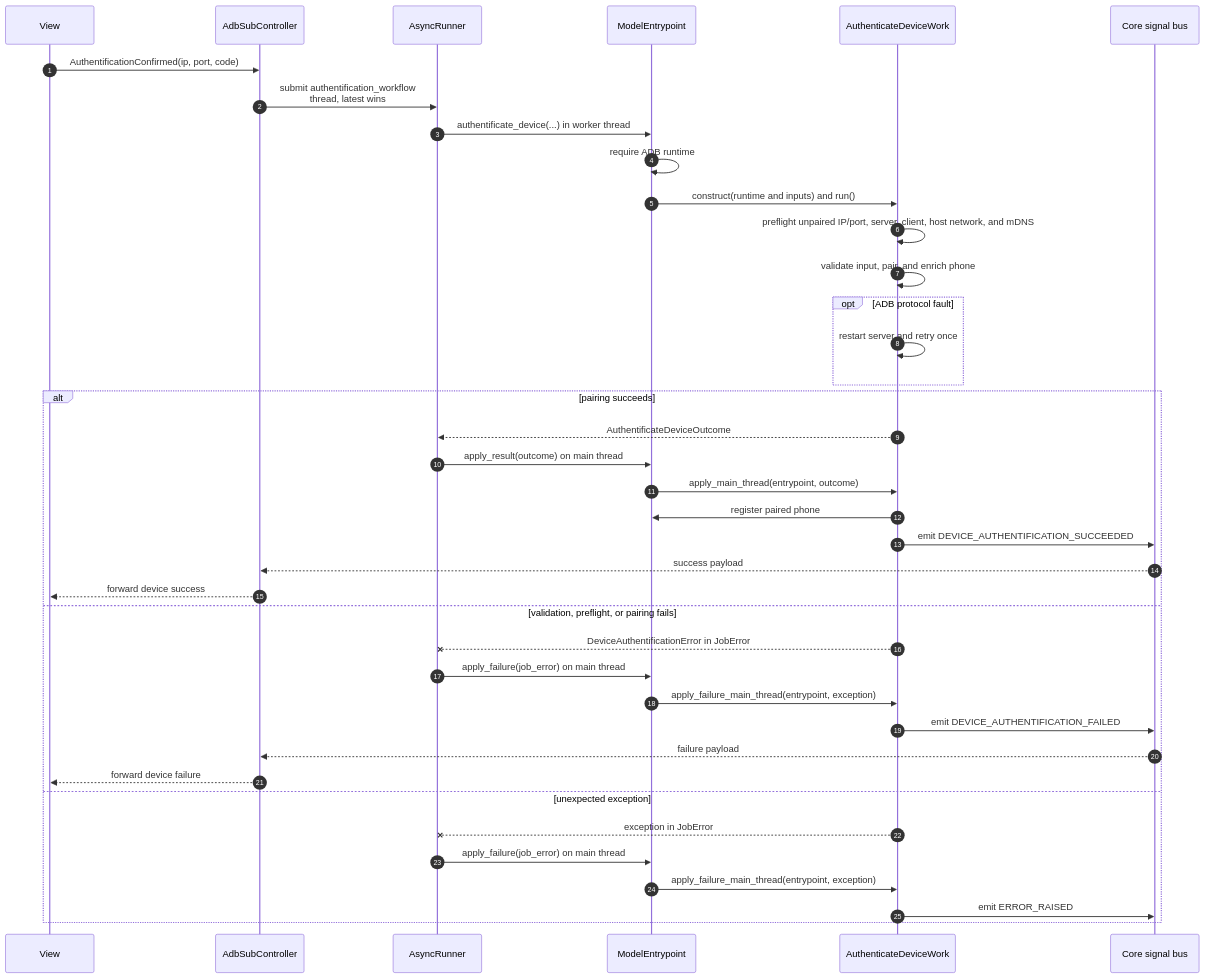
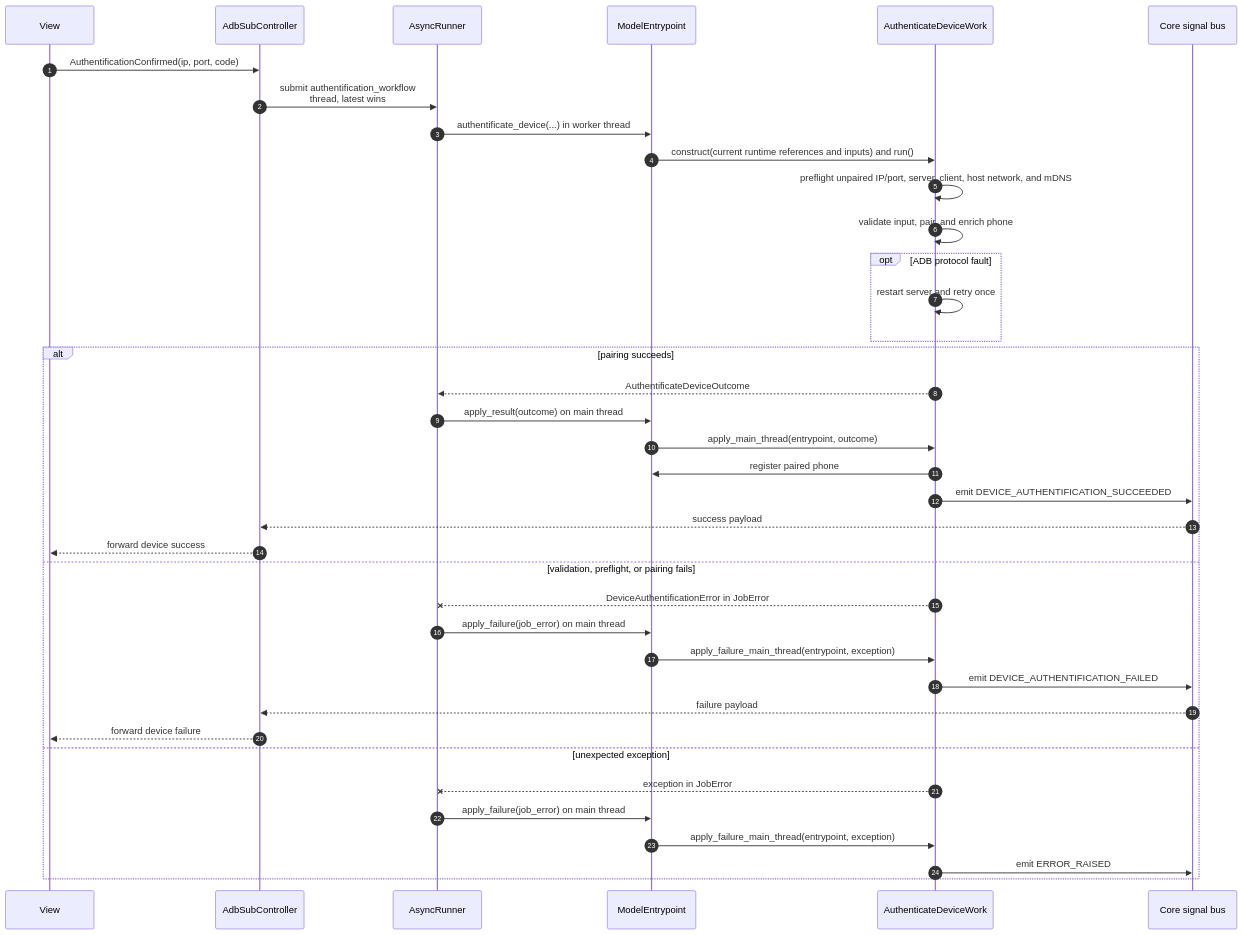
Before and after one commit to LeoooJR/AROW: the diagram in src/core/work/authentificate_device_work.md, drawn with Mermaid. The commit also changed 3 other files, not shown here.

Commit message:
Move ADB runtime preflight into authentication work

````diff
--- a/src/core/work/authentificate_device_work.md
+++ b/src/core/work/authentificate_device_work.md
@@ -10,42 +10,41 @@
 ```mermaid
 sequenceDiagram
     autonumber
     participant View
     participant Controller as AdbSubController
     participant Runner as AsyncRunner
     participant Entrypoint as ModelEntrypoint
     participant Work as AuthenticateDeviceWork
     participant Bus as Core signal bus
 
     View->>Controller: AuthentificationConfirmed(ip, port, code)
     Controller->>Runner: submit authentification_workflow<br/>thread, latest wins
     Runner->>Entrypoint: authentificate_device(...) in worker thread
-    Entrypoint->>Entrypoint: require ADB runtime
-    Entrypoint->>Work: construct(runtime and inputs) and run()
+    Entrypoint->>Work: construct(current runtime references and inputs) and run()
     Work->>Work: preflight unpaired IP/port, server, client, host network, and mDNS
     Work->>Work: validate input, pair, and enrich phone
     opt ADB protocol fault
         Work->>Work: restart server and retry once
     end
     alt pairing succeeds
         Work-->>Runner: AuthentificateDeviceOutcome
         Runner->>Entrypoint: apply_result(outcome) on main thread
         Entrypoint->>Work: apply_main_thread(entrypoint, outcome)
         Work->>Entrypoint: register paired phone
         Work->>Bus: emit DEVICE_AUTHENTIFICATION_SUCCEEDED
         Bus-->>Controller: success payload
         Controller-->>View: forward device success
     else validation, preflight, or pairing fails
         Work--xRunner: DeviceAuthentificationError in JobError
         Runner->>Entrypoint: apply_failure(job_error) on main thread
         Entrypoint->>Work: apply_failure_main_thread(entrypoint, exception)
         Work->>Bus: emit DEVICE_AUTHENTIFICATION_FAILED
         Bus-->>Controller: failure payload
         Controller-->>View: forward device failure
     else unexpected exception
         Work--xRunner: exception in JobError
         Runner->>Entrypoint: apply_failure(job_error) on main thread
         Entrypoint->>Work: apply_failure_main_thread(entrypoint, exception)
         Work->>Bus: emit ERROR_RAISED
     end
 ```
````
